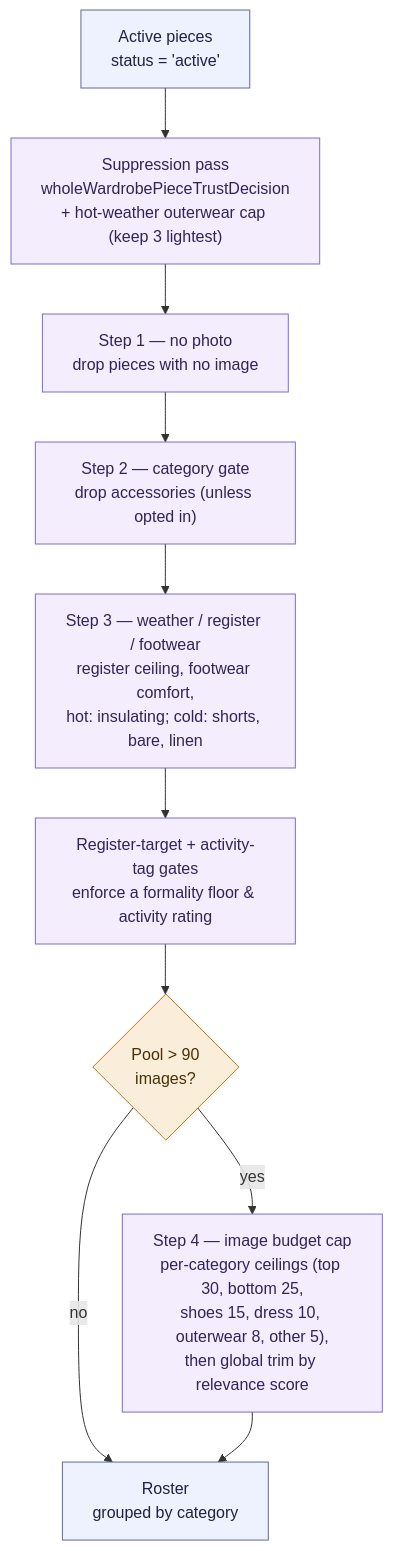
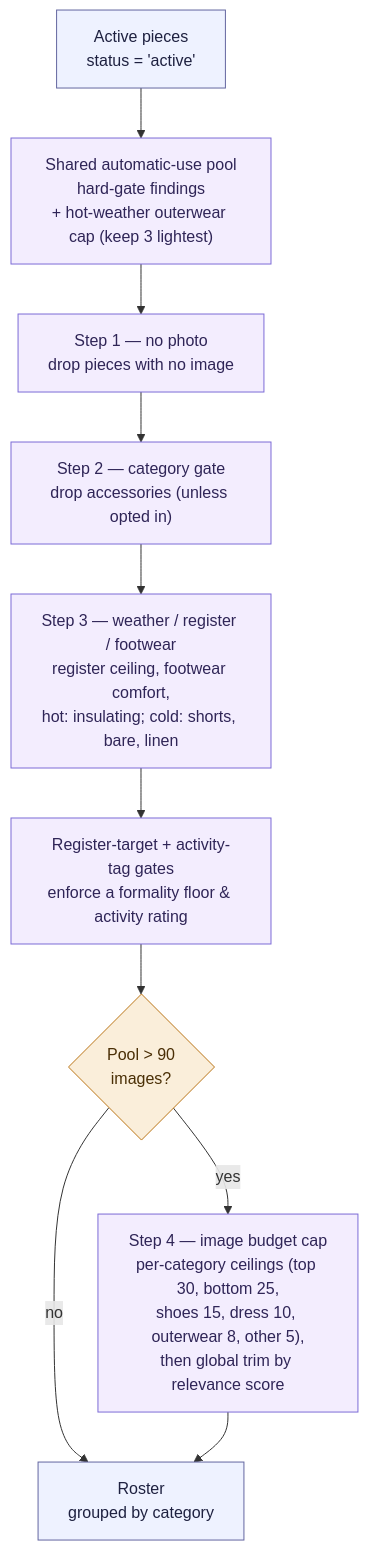
Before and after one commit to yunap/closet: the third of 4 diagrams in docs/flows/use-my-wardrobe.md, drawn with Mermaid. The commit also changed other lines of this file and 10 other files, not shown here.

````diff
--- a/docs/flows/use-my-wardrobe.md
+++ b/docs/flows/use-my-wardrobe.md
@@ -99,18 +99,18 @@
 ```mermaid
 flowchart TD
-    P["Active pieces<br/>status = 'active'"] --> S["Suppression pass<br/>wholeWardrobePieceTrustDecision<br/>+ hot-weather outerwear cap (keep 3 lightest)"]
+    P["Active pieces<br/>status = 'active'"] --> S["Shared automatic-use pool<br/>hard-gate findings<br/>+ hot-weather outerwear cap (keep 3 lightest)"]
     S --> S1["Step 1 — no photo<br/>drop pieces with no image"]
     S1 --> S2["Step 2 — category gate<br/>drop accessories (unless opted in)"]
     S2 --> S3["Step 3 — weather / register / footwear<br/>register ceiling, footwear comfort,<br/>hot: insulating; cold: shorts, bare, linen"]
     S3 --> S4["Register-target + activity-tag gates<br/>enforce a formality floor & activity rating"]
     S4 --> CAP{"Pool > 90<br/>images?"}
     CAP -->|no| R["Roster<br/>grouped by category"]
     CAP -->|yes| CAT["Step 4 — image budget cap<br/>per-category ceilings (top 30, bottom 25,<br/>shoes 15, dress 10, outerwear 8, other 5),<br/>then global trim by relevance score"] --> R
 
     classDef rules fill:#f3edfe,stroke:#7c6bd6,color:#2f2557;
     classDef check fill:#faeeda,stroke:#ba7517,color:#4a2f06;
     classDef app fill:#eef2ff,stroke:#6366a0,color:#1e2140;
     class P,R app;
     class S,S1,S2,S3,S4,CAT rules;
     class CAP check;
 ```
````
